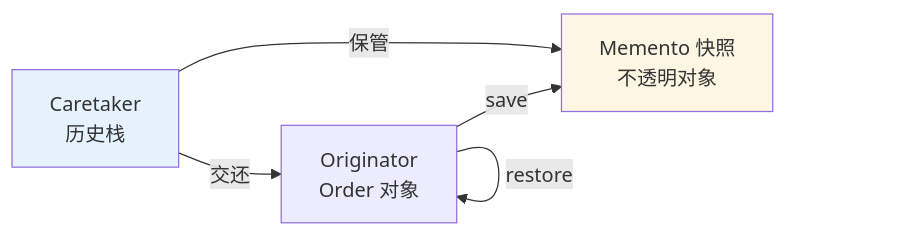
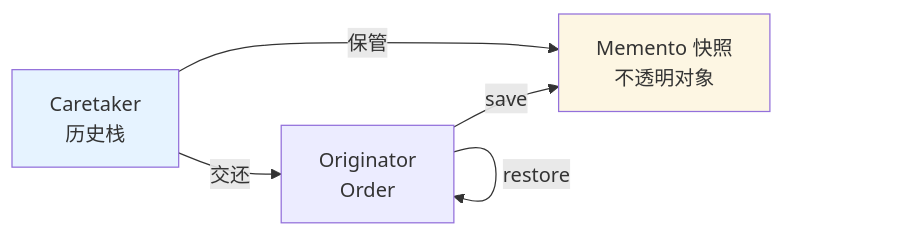
The second of 6 diagrams in docs/08.编程/03.巧学设计模式/20.备忘录模式设计思想.md (chongyang211/YCBookBlog), drawn with Mermaid before and after one commit. The commit also changed other lines of this file and 13 other files, not shown here.

````diff
--- a/docs/08.编程/03.巧学设计模式/20.备忘录模式设计思想.md
+++ b/docs/08.编程/03.巧学设计模式/20.备忘录模式设计思想.md
@@ -120,9 +159,9 @@
 ```mermaid
 flowchart LR
-    O[Originator<br/>Order 对象] -->|save| M[Memento 快照<br/>不透明对象]
+    O[Originator<br/>Order] -->|save| M[Memento 快照<br/>不透明对象]
     C[Caretaker<br/>历史栈] -->|保管| M
     C -->|交还| O
     O -->|restore| O
     style M fill:#fdf6e3
     style C fill:#e6f3ff
 ```
````
